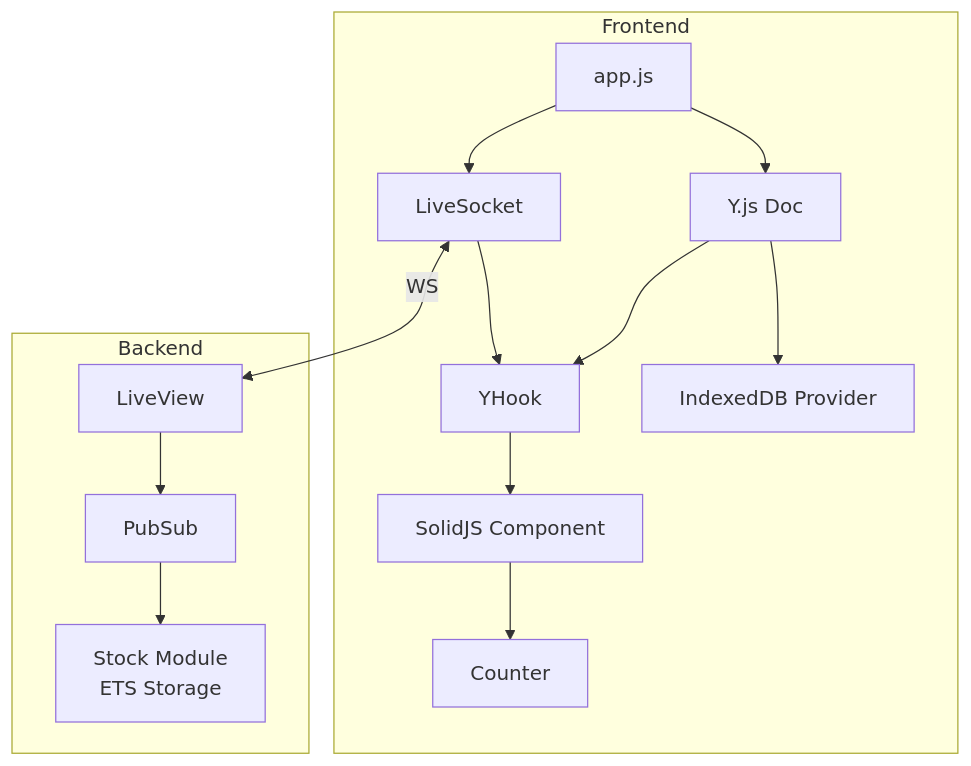
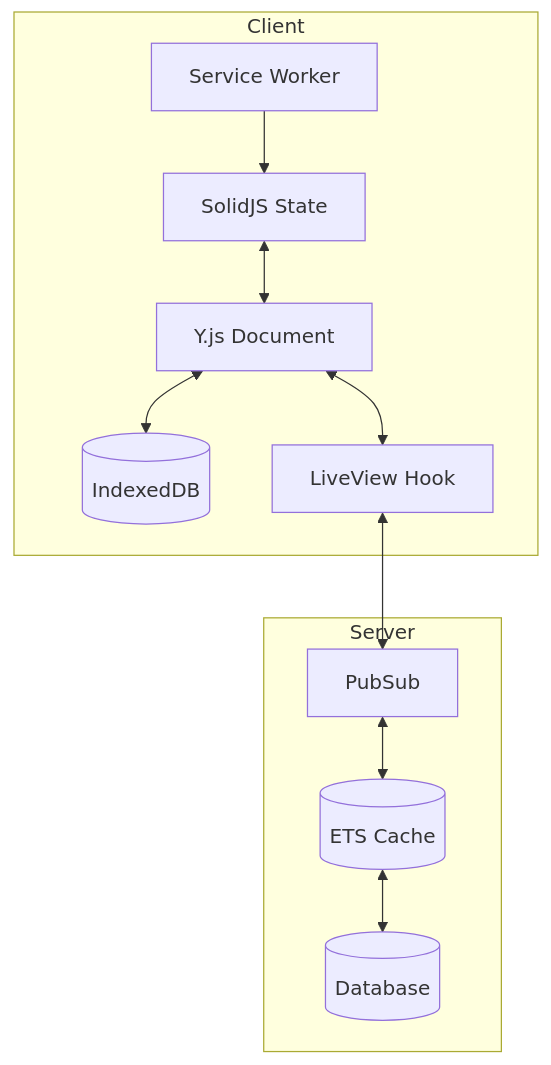
The third of 6 diagrams in README.md (dwyl/PWA-Liveview), drawn with Mermaid before and after one commit. The commit also changed other lines of this file and 7 other files, not shown here.

````diff
--- a/README.md
+++ b/README.md
@@ -140,20 +1235,24 @@
 ```mermaid
 flowchart TB
-
-    subgraph Frontend
-        A[app.js] --> B[LiveSocket]
-        A --> C[Y.js Doc]
-        B --> D[YHook]
-        C --> D
-        D --> E[SolidJS Component]
-        E --> F[Counter]
-        C --> G[IndexedDB Provider]
+    subgraph Client
+        SW[Service Worker]
+        SC[SolidJS State]
+        YD[Y.js Document]
+        IDB[(IndexedDB)]
+        LVH[LiveView Hook]
     end
 
-    subgraph Backend
-        H[LiveView] --> I[PubSub]
-        I --> J[Stock Module <br> ETS Storage]
+    subgraph Server
+        PS[PubSub]
+        ETS[(ETS Cache)]
+        DB[(Database)]
     end
 
-    B <-- WS --> H
+    SC <--> YD
+    YD <--> IDB
+    YD <--> LVH
+    LVH <--> PS
+    PS <--> ETS
+    ETS <--> DB
+    SW --> SC
 ```
````
